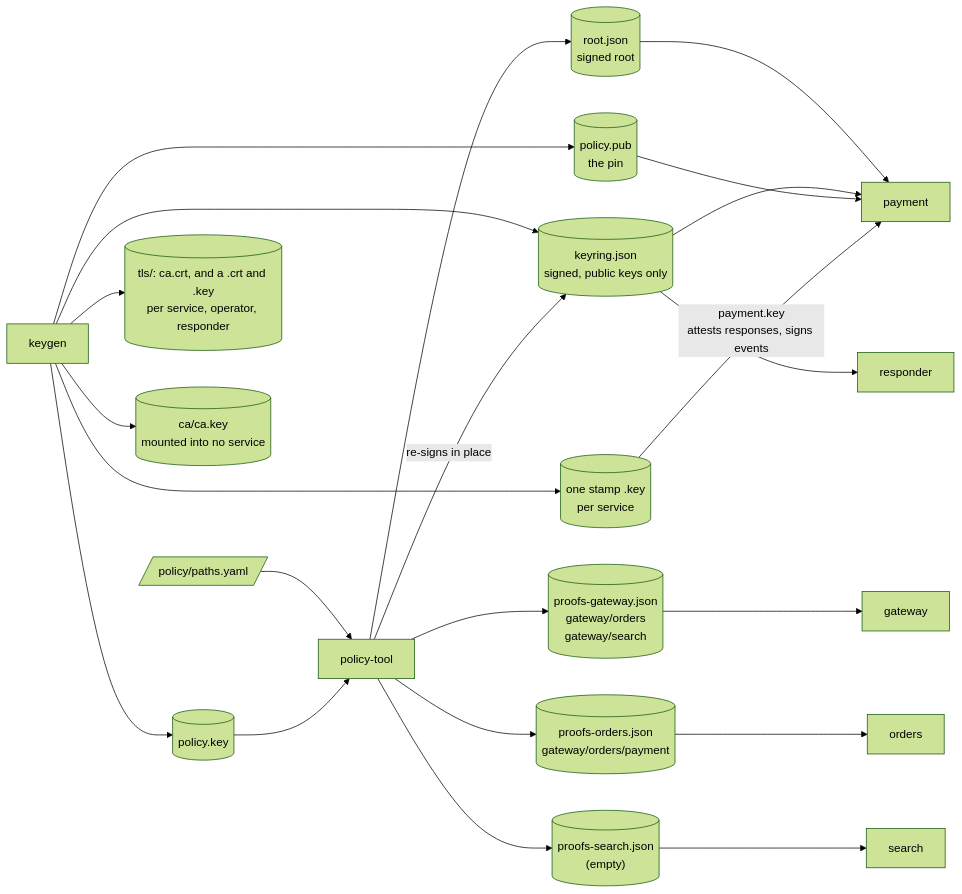
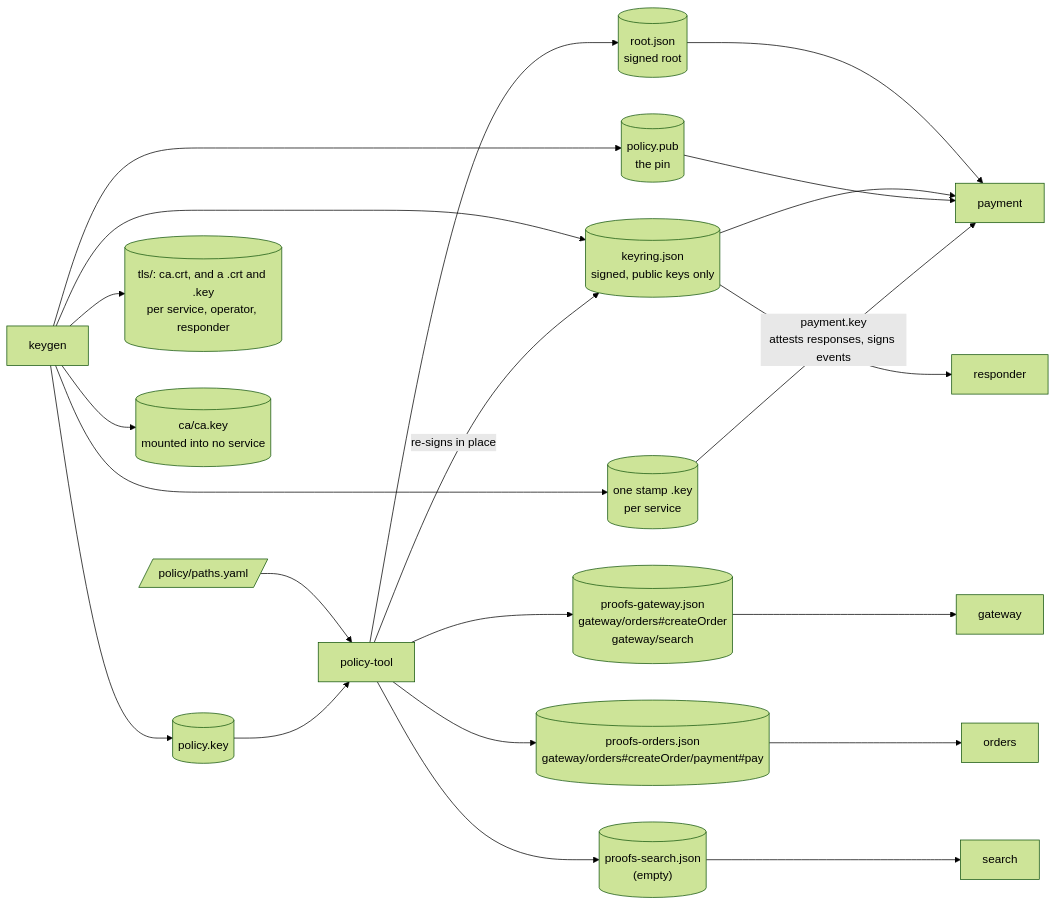
Before and after one commit to dumbsly/paztport: the fourth of 7 diagrams in poc-demos/java-mesh/README.md, drawn with Mermaid (forest theme). The commit also changed other lines of this file and 11 other files, not shown here.

Commit message:
feat(java-mesh): make orders and payment operation-level and check two steered calls

````diff
--- a/poc-demos/java-mesh/README.md
+++ b/poc-demos/java-mesh/README.md
@@ -302,26 +310,26 @@
 ```mermaid
 flowchart LR
     paths[/"policy/paths.yaml"/] --> pt["policy-tool"]
     kg["keygen"] --> polkey[("policy.key")]
     polkey --> pt
     kg --> keyring[("keyring.json<br/>signed, public keys only")]
     pt -->|"re-signs in place"| keyring
     kg --> pin[("policy.pub<br/>the pin")]
     kg --> privkeys[("one stamp .key<br/>per service")]
     kg --> tls[("tls/: ca.crt, and a .crt and .key<br/>per service, operator, responder")]
     kg --> cakey[("ca/ca.key<br/>mounted into no service")]
 
     pt --> root[("root.json<br/>signed root")]
-    pt --> bg[("proofs-gateway.json<br/>gateway/orders<br/>gateway/search")]
-    pt --> bo[("proofs-orders.json<br/>gateway/orders/payment")]
+    pt --> bg[("proofs-gateway.json<br/>gateway/orders#createOrder<br/>gateway/search")]
+    pt --> bo[("proofs-orders.json<br/>gateway/orders#createOrder/payment#pay")]
     pt --> bs[("proofs-search.json<br/>(empty)")]
 
     root --> payment["payment"]
     keyring --> payment
     pin --> payment
     privkeys -->|"payment.key<br/>attests responses, signs events"| payment
     keyring --> responder["responder"]
     bg --> gateway["gateway"]
     bo --> orders["orders"]
     bs --> search["search"]
 ```
````
